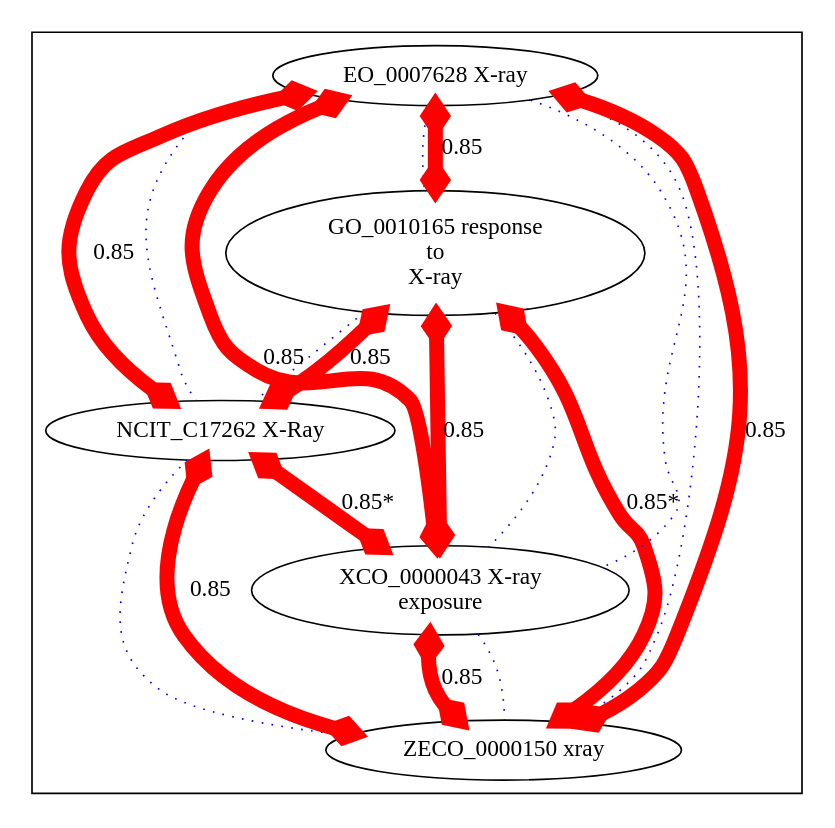
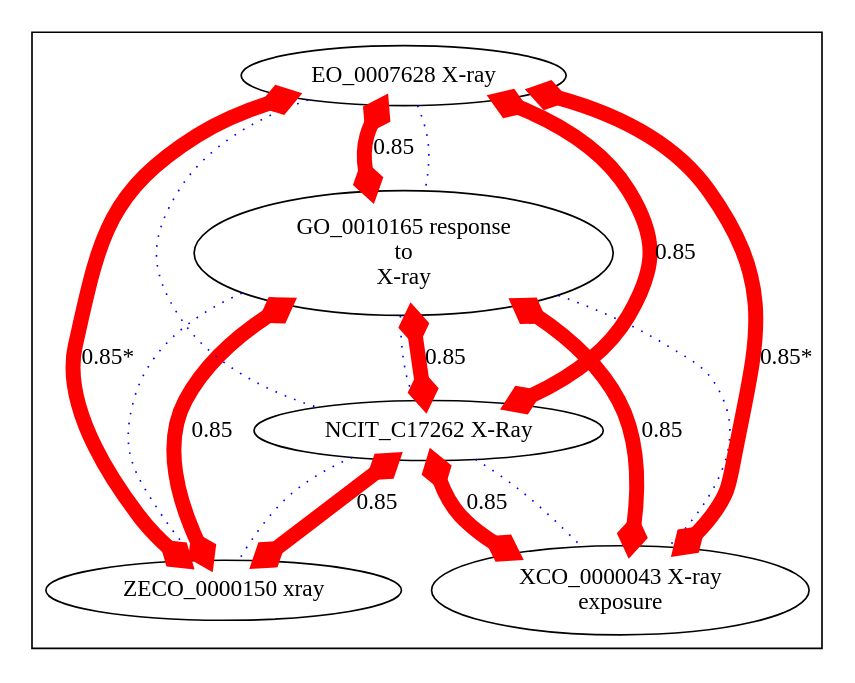
Before and after one commit to cmungall/radiation-ontology: the diagram in target/img-GO_0010165.dot, drawn with Graphviz. The commit also changed 25 other files, not shown here.

```diff
--- a/target/img-GO_0010165.dot
+++ b/target/img-GO_0010165.dot
@@ -1,44 +1,40 @@
 digraph cliquegraph {
 subgraph cluster_GO_0010165 {GO_0010165 [ label="GO_0010165 response
 to
 X-ray" ];
 XCO_0000043 [ label="XCO_0000043 X-ray
 exposure" ];
 EO_0007628 [ label="EO_0007628 X-ray" ];
 NCIT_C17262 [ label="NCIT_C17262 X-Ray" ];
 ZECO_0000150 [ label="ZECO_0000150 xray" ];}
-EO_0007628 -> NCIT_C17262 [ arrowhead = none, penwidth=1, color=blue, label="", style=dotted]
+EO_0007628 -> GO_0010165 [ arrowhead = none, penwidth=1, color=blue, label="", style=dotted]
 
-XCO_0000043 -> ZECO_0000150 [ arrowhead = none, penwidth=1, color=blue, label="", style=dotted]
-
-EO_0007628 -> XCO_0000043 [ arrowhead = none, penwidth=1, color=blue, label="", style=dotted]
-
-NCIT_C17262 -> ZECO_0000150 [ arrowhead = none, penwidth=1, color=blue, label="", style=dotted]
-
-EO_0007628 -> GO_0010165 [ arrowhead = none, penwidth=1, color=blue, label="", style=dotted]
+GO_0010165 -> ZECO_0000150 [ arrowhead = none, penwidth=1, color=blue, label="", style=dotted]
 
 GO_0010165 -> XCO_0000043 [ arrowhead = none, penwidth=1, color=blue, label="", style=dotted]
 
+NCIT_C17262 -> XCO_0000043 [ arrowhead = none, penwidth=1, color=blue, label="", style=dotted]
+
+EO_0007628 -> NCIT_C17262 [ arrowhead = none, penwidth=1, color=blue, label="", style=dotted]
+
 GO_0010165 -> NCIT_C17262 [ arrowhead = none, penwidth=1, color=blue, label="", style=dotted]
 
-EO_0007628 -> ZECO_0000150 [ arrowhead = none, penwidth=1, color=blue, label="", style=dotted]
+NCIT_C17262 -> ZECO_0000150 [ arrowhead = none, penwidth=1, color=blue, label="", style=dotted]
+GO_0010165 -> XCO_0000043 [ arrowhead = ediamond, penwidth=9, color=red, label="0.85", style=solid, arrowtail=ediamond, dir=both]
+
 NCIT_C17262 -> ZECO_0000150 [ arrowhead = ediamond, penwidth=9, color=red, label="0.85", style=solid, arrowtail=ediamond, dir=both]
 
-GO_0010165 -> XCO_0000043 [ arrowhead = ediamond, penwidth=9, color=red, label="0.85", style=solid, arrowtail=ediamond, dir=both]
+GO_0010165 -> ZECO_0000150 [ arrowhead = ediamond, penwidth=9, color=red, label="0.85", style=solid, arrowtail=ediamond, dir=both]
 
-NCIT_C17262 -> XCO_0000043 [ arrowhead = ediamond, penwidth=9, color=red, label="0.85*", style=solid, arrowtail=ediamond, dir=both]
-
-GO_0010165 -> ZECO_0000150 [ arrowhead = ediamond, penwidth=9, color=red, label="0.85*", style=solid, arrowtail=ediamond, dir=both]
+NCIT_C17262 -> XCO_0000043 [ arrowhead = ediamond, penwidth=9, color=red, label="0.85", style=solid, arrowtail=ediamond, dir=both]
 
 EO_0007628 -> GO_0010165 [ arrowhead = ediamond, penwidth=9, color=red, label="0.85", style=solid, arrowtail=ediamond, dir=both]
 
-EO_0007628 -> ZECO_0000150 [ arrowhead = ediamond, penwidth=9, color=red, label="0.85", style=solid, arrowtail=ediamond, dir=both]
+EO_0007628 -> ZECO_0000150 [ arrowhead = ediamond, penwidth=9, color=red, label="0.85*", style=solid, arrowtail=ediamond, dir=both]
 
-XCO_0000043 -> ZECO_0000150 [ arrowhead = ediamond, penwidth=9, color=red, label="0.85", style=solid, arrowtail=ediamond, dir=both]
-
-EO_0007628 -> XCO_0000043 [ arrowhead = ediamond, penwidth=9, color=red, label="0.85", style=solid, arrowtail=ediamond, dir=both]
+EO_0007628 -> XCO_0000043 [ arrowhead = ediamond, penwidth=9, color=red, label="0.85*", style=solid, arrowtail=ediamond, dir=both]
 
 GO_0010165 -> NCIT_C17262 [ arrowhead = ediamond, penwidth=9, color=red, label="0.85", style=solid, arrowtail=ediamond, dir=both]
 
 EO_0007628 -> NCIT_C17262 [ arrowhead = ediamond, penwidth=9, color=red, label="0.85", style=solid, arrowtail=ediamond, dir=both]
 }
```
